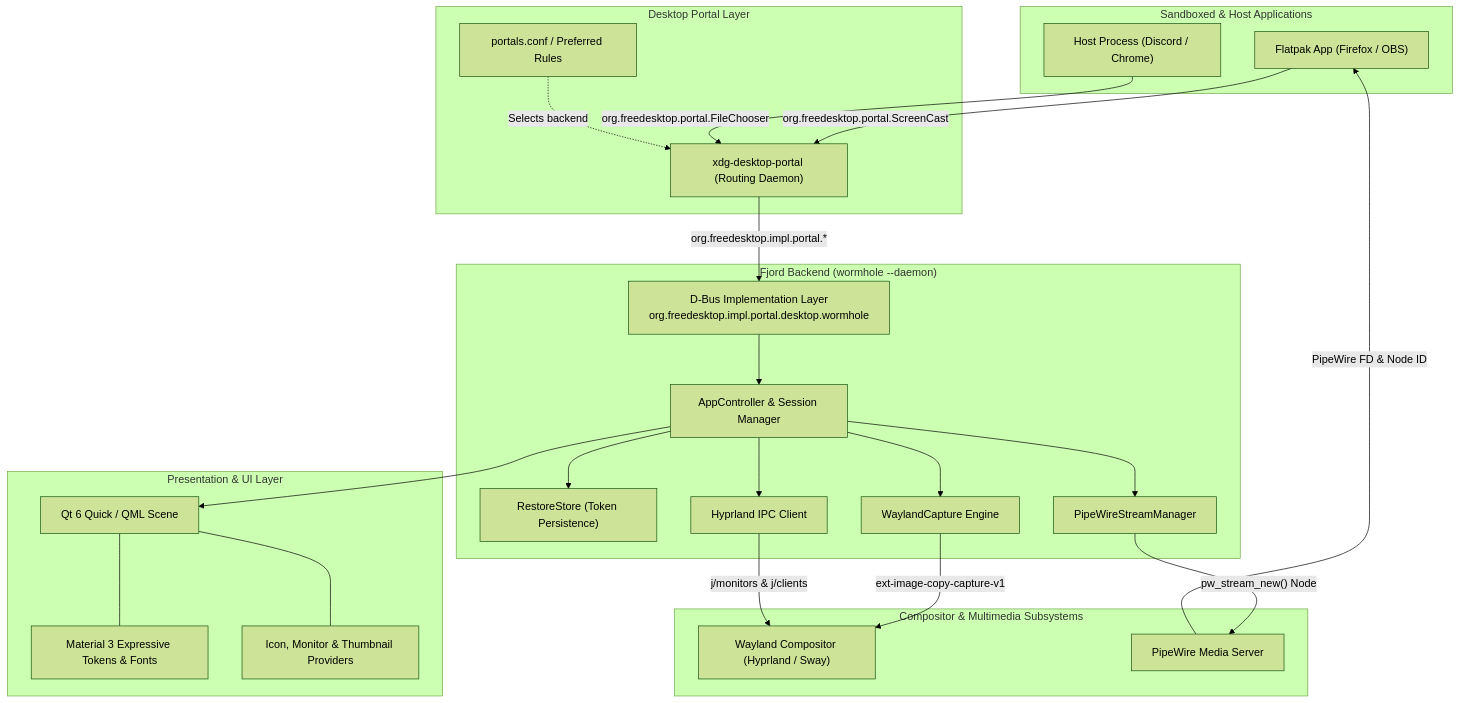
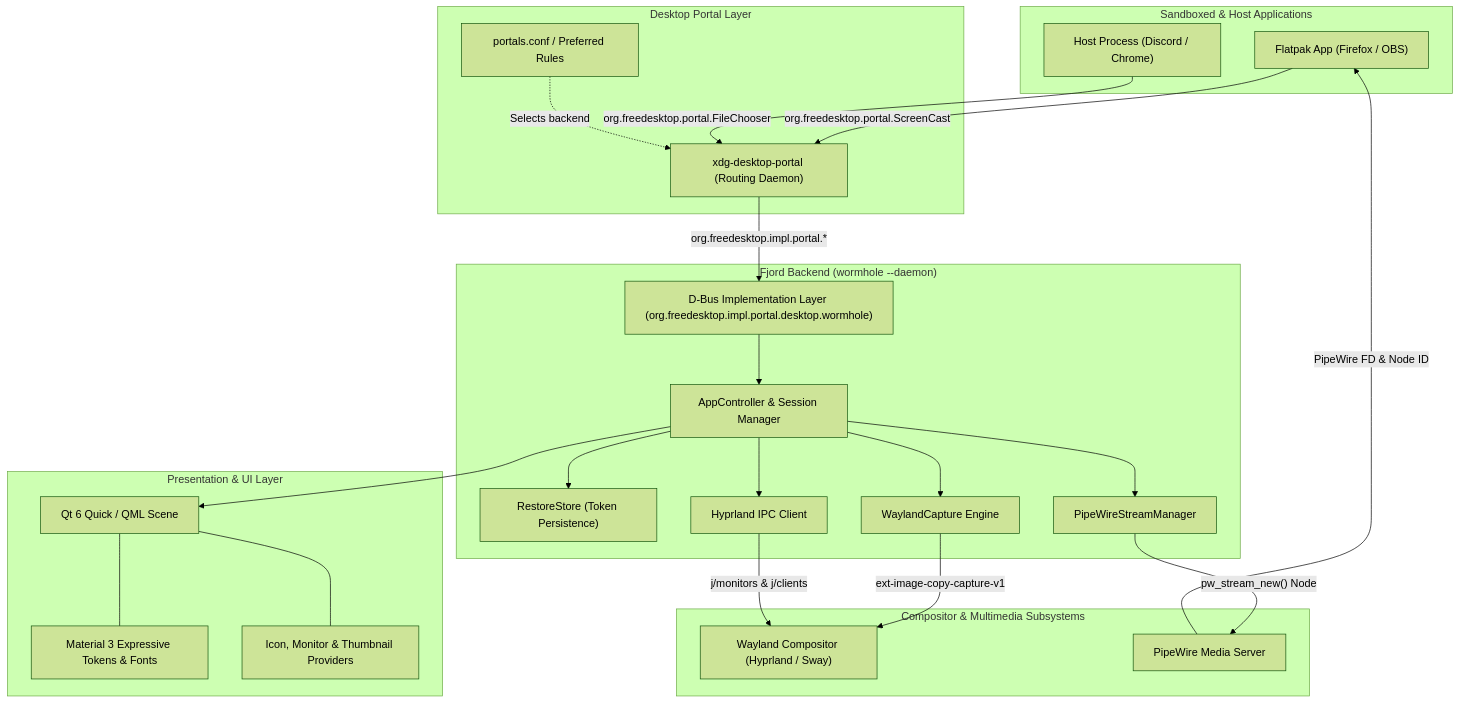
The diagram in docs/architecture.md (SpanishSyntax/Fjord), drawn with Mermaid (forest theme) before and after one commit. The commit also changed 1 other file, not shown here.

Commit message:
fix(docs): use safe DOM textContent Mermaid rendering and sanitize diagram labels

````diff
--- a/docs/architecture.md
+++ b/docs/architecture.md
@@ -11,52 +11,52 @@
 ```mermaid
 flowchart TD
     subgraph Clients["Sandboxed & Host Applications"]
         APP1["Flatpak App (Firefox / OBS)"]
         APP2["Host Process (Discord / Chrome)"]
     end
 
     subgraph PortalFrontend["Desktop Portal Layer"]
         XDP["xdg-desktop-portal (Routing Daemon)"]
         CONF["portals.conf / Preferred Rules"]
     end
 
     subgraph FjordDaemon["Fjord Backend (wormhole --daemon)"]
-        DBUS["D-Bus Implementation Layer<br/>org.freedesktop.impl.portal.desktop.wormhole"]
+        DBUS["D-Bus Implementation Layer (org.freedesktop.impl.portal.desktop.wormhole)"]
         CORE["AppController & Session Manager"]
         RESTORE["RestoreStore (Token Persistence)"]
         PW["PipeWireStreamManager"]
         WAYLAND["WaylandCapture Engine"]
         HYPR["Hyprland IPC Client"]
     end
 
     subgraph Presentation["Presentation & UI Layer"]
         QML["Qt 6 Quick / QML Scene"]
         M3["Material 3 Expressive Tokens & Fonts"]
         IMG["Icon, Monitor & Thumbnail Providers"]
     end
 
     subgraph OSCompositor["Compositor & Multimedia Subsystems"]
         COMP["Wayland Compositor (Hyprland / Sway)"]
         PIPEWIRE["PipeWire Media Server"]
     end
 
     APP1 -->|"org.freedesktop.portal.ScreenCast"| XDP
     APP2 -->|"org.freedesktop.portal.FileChooser"| XDP
     CONF -.->|Selects backend| XDP
     XDP -->|"org.freedesktop.impl.portal.*"| DBUS
 
     DBUS --> CORE
     CORE --> RESTORE
     CORE --> WAYLAND
     CORE --> HYPR
     CORE --> PW
     CORE --> QML
 
     QML --- M3
     QML --- IMG
 
     WAYLAND -->|"ext-image-copy-capture-v1"| COMP
     HYPR -->|"j/monitors & j/clients"| COMP
     PW -->|"pw_stream_new() Node"| PIPEWIRE
     PIPEWIRE -->|"PipeWire FD & Node ID"| APP1
 ```
````
